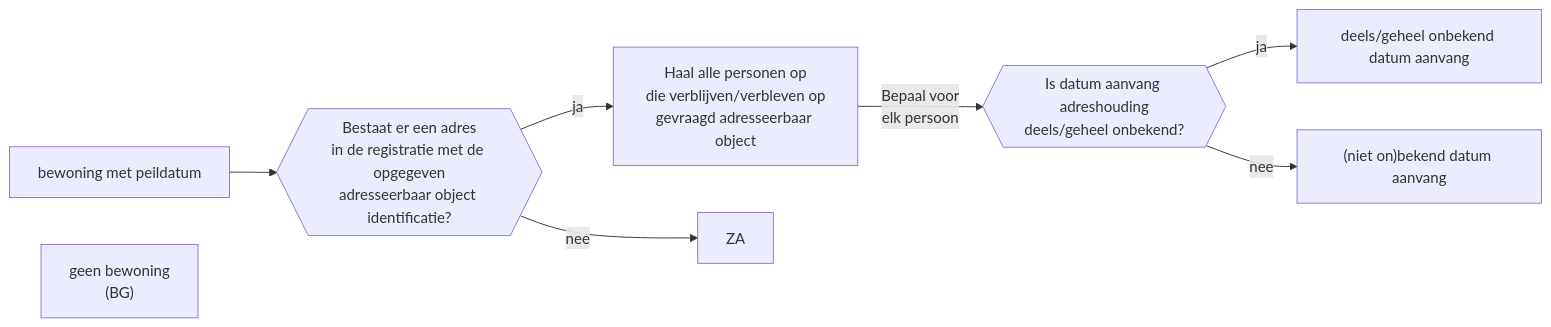
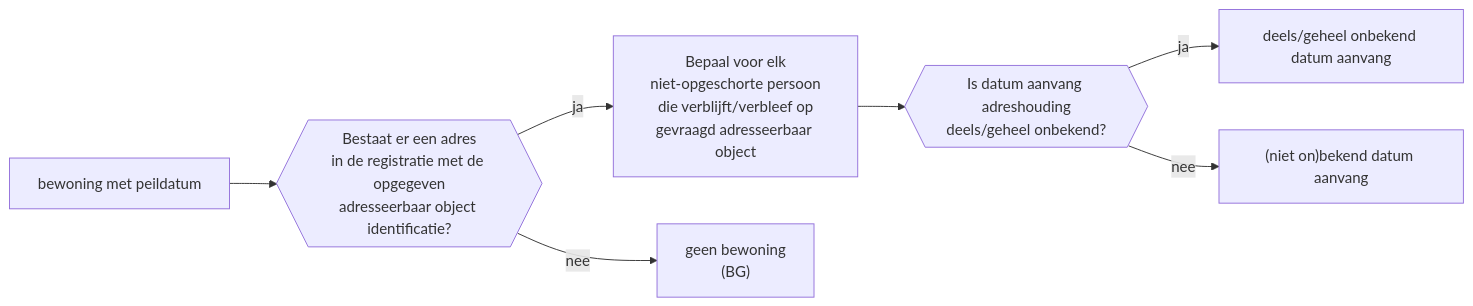
The first of 2 diagrams in docs/bewoning-op-peildatum.md (BRP-API/Haal-Centraal-BRP-bewoning), drawn with Mermaid before and after one commit. The commit also changed other lines of this file and 1 other file, not shown here.

Commit message:
chore(docs): bekend en geheel onbekend datum aanvang flow toegevoegd

````diff
--- a/docs/bewoning-op-peildatum.md
+++ b/docs/bewoning-op-peildatum.md
@@ -1,29 +1,29 @@
 ```mermaid
 flowchart LR
 
 A[bewoning met peildatum]
 A --> A0
 
 A0{{"Bestaat er een adres
 in de registratie met de opgegeven
 adresseerbaar object identificatie?"}}
 A0 -- ja --> A1
-A0 -- nee --> ZA
+A0 -- nee --> BG
 
-A1["Haal alle personen op
-die verblijven/verbleven op
+A1["Bepaal voor elk
+niet-opgeschorte persoon
+die verblijft/verbleef op
 gevraagd adresseerbaar object"]
-A1 -- "Bepaal voor
-elk persoon" --> A2
+A1 --> A2
 
 A2{{"Is datum aanvang adreshouding
 deels/geheel onbekend?"}}
 A2 -- ja --> DGO[deels/geheel onbekend datum aanvang]
 A2 -- nee --> NO["(niet on)bekend datum aanvang"]
 
 
 BG["geen bewoning
 (BG)"]
 %% opgegeven adresseerbaar object bestaat niet/is niet geregistreerd in de BRP %%
 
 ```
````
